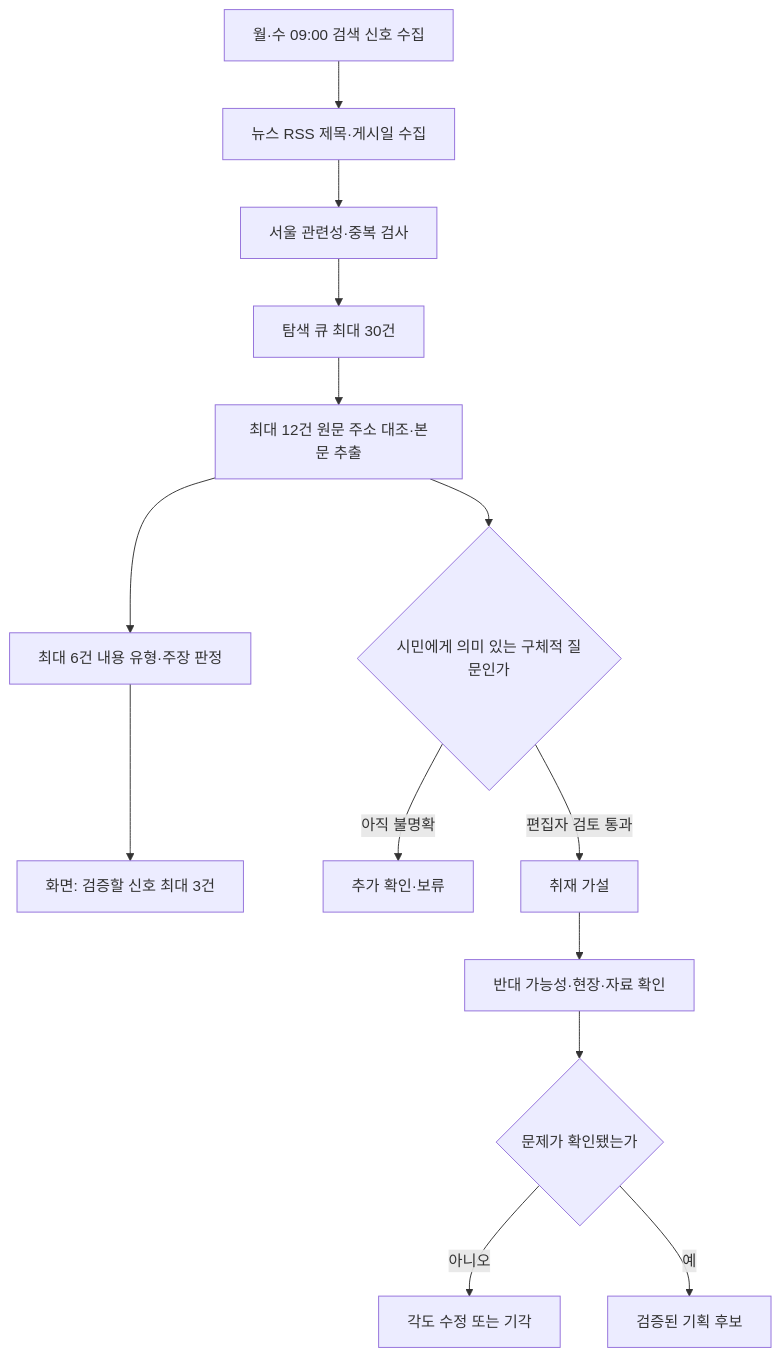
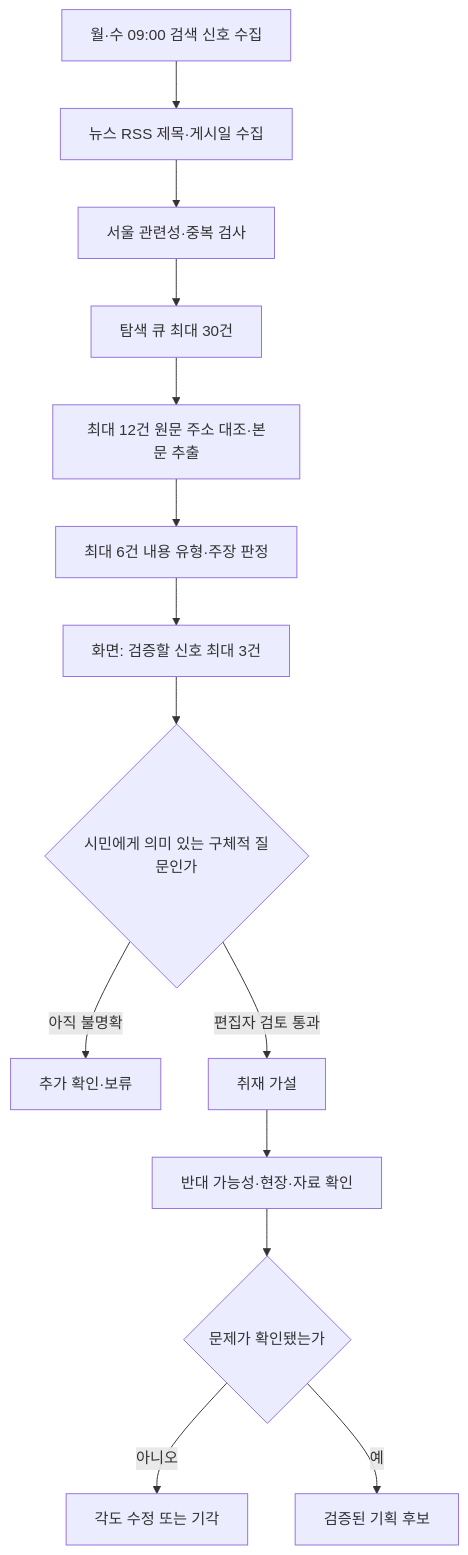
One commit to onetym77-bit/news-item-radar changed the diagram in editorial-v3/SYSTEM_ARCHITECTURE.md. Above: the diagram before and after it, drawn with Mermaid.

Commit message:
Correct body-review flow connection in architecture diagram

````diff
--- a/editorial-v3/SYSTEM_ARCHITECTURE.md
+++ b/editorial-v3/SYSTEM_ARCHITECTURE.md
@@ -9,16 +9,16 @@
 ```mermaid
 flowchart TD
     A[월·수 09:00 검색 신호 수집] --> B[뉴스 RSS 제목·게시일 수집]
     B --> C[서울 관련성·중복 검사]
     C --> D[탐색 큐 최대 30건]
     D --> F[최대 12건 원문 주소 대조·본문 추출]
     F --> Q[최대 6건 내용 유형·주장 판정]
     Q --> E[화면: 검증할 신호 최대 3건]
-    F --> G{시민에게 의미 있는 구체적 질문인가}
+    E --> G{시민에게 의미 있는 구체적 질문인가}
     G -->|아직 불명확| H[추가 확인·보류]
     G -->|편집자 검토 통과| I[취재 가설]
     I --> J[반대 가능성·현장·자료 확인]
     J --> K{문제가 확인됐는가}
     K -->|아니오| L[각도 수정 또는 기각]
     K -->|예| M[검증된 기획 후보]
 ```
````
